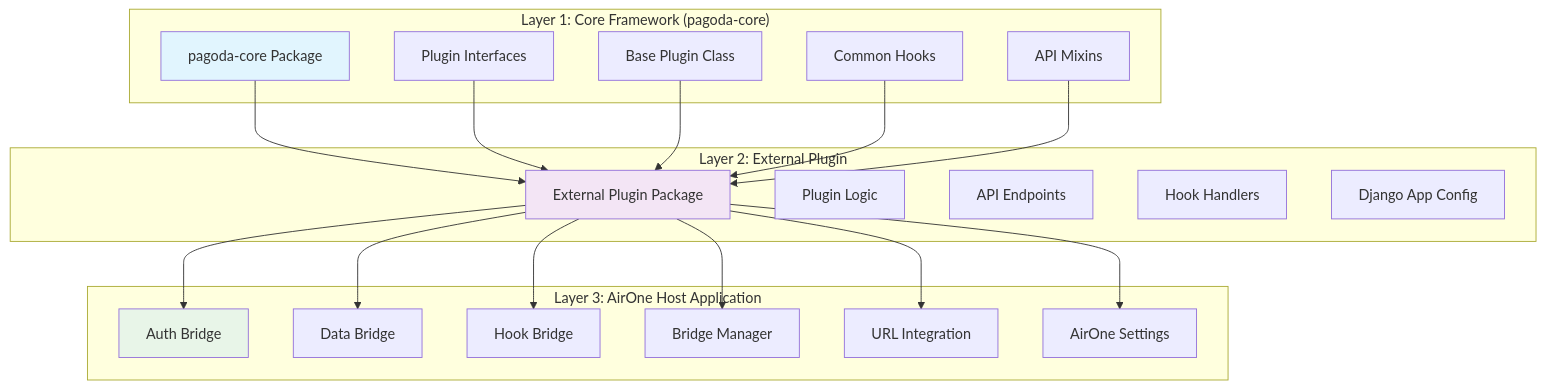
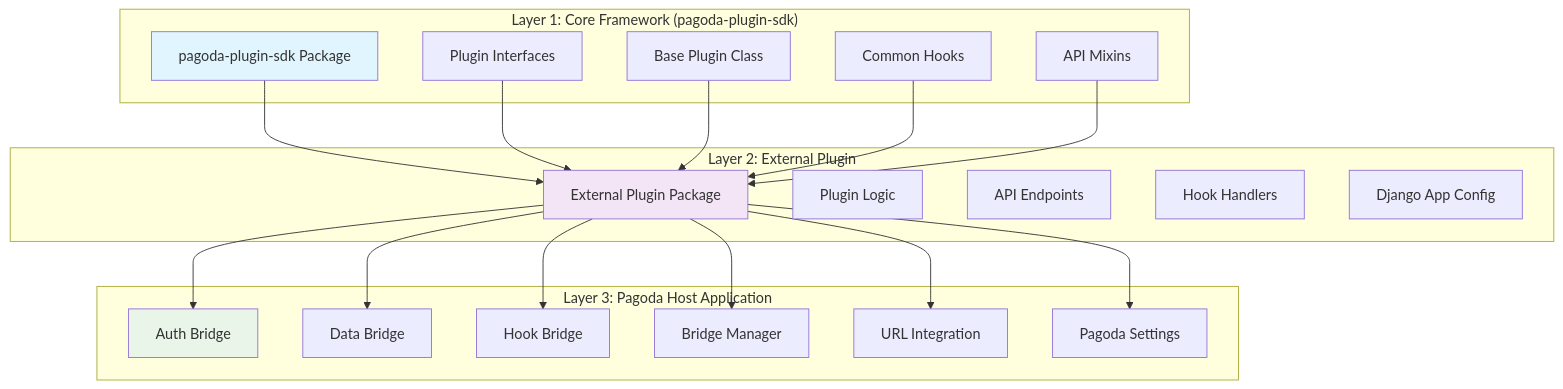
One commit to dmm-com/pagoda changed the first of 11 diagrams in docs/content/advanced/plugin_architecture_diagrams.md. Above: the diagram before and after it, drawn with Mermaid. The commit also changed other lines of this file and 5 other files, not shown here.

First line of the commit message:
Refactor plugin system documentation and examples to align with Pagoda branding

````diff
--- a/docs/content/advanced/plugin_architecture_diagrams.md
+++ b/docs/content/advanced/plugin_architecture_diagrams.md
@@ -10,44 +10,44 @@
 ```mermaid
 graph TB
-    subgraph "Layer 1: Core Framework (pagoda-core)"
-        PC[pagoda-core Package]
+    subgraph "Layer 1: Core Framework (pagoda-plugin-sdk)"
+        PC[pagoda-plugin-sdk Package]
         PI[Plugin Interfaces]
         PB[Base Plugin Class]
         CH[Common Hooks]
         AM[API Mixins]
     end
 
     subgraph "Layer 2: External Plugin"
         EP[External Plugin Package]
         PL[Plugin Logic]
         API[API Endpoints]
         HH[Hook Handlers]
         DJ[Django App Config]
     end
 
-    subgraph "Layer 3: AirOne Host Application"
+    subgraph "Layer 3: Pagoda Host Application"
         AB[Auth Bridge]
         DB[Data Bridge]
         HB[Hook Bridge]
         BM[Bridge Manager]
         UI[URL Integration]
-        AS[AirOne Settings]
+        AS[Pagoda Settings]
     end
 
     PC --> EP
     PI --> EP
     PB --> EP
     CH --> EP
     AM --> EP
 
     EP --> AB
     EP --> DB
     EP --> HB
     EP --> BM
     EP --> UI
     EP --> AS
 
     style PC fill:#e1f5fe
     style EP fill:#f3e5f5
     style AB fill:#e8f5e8
 ```
````
